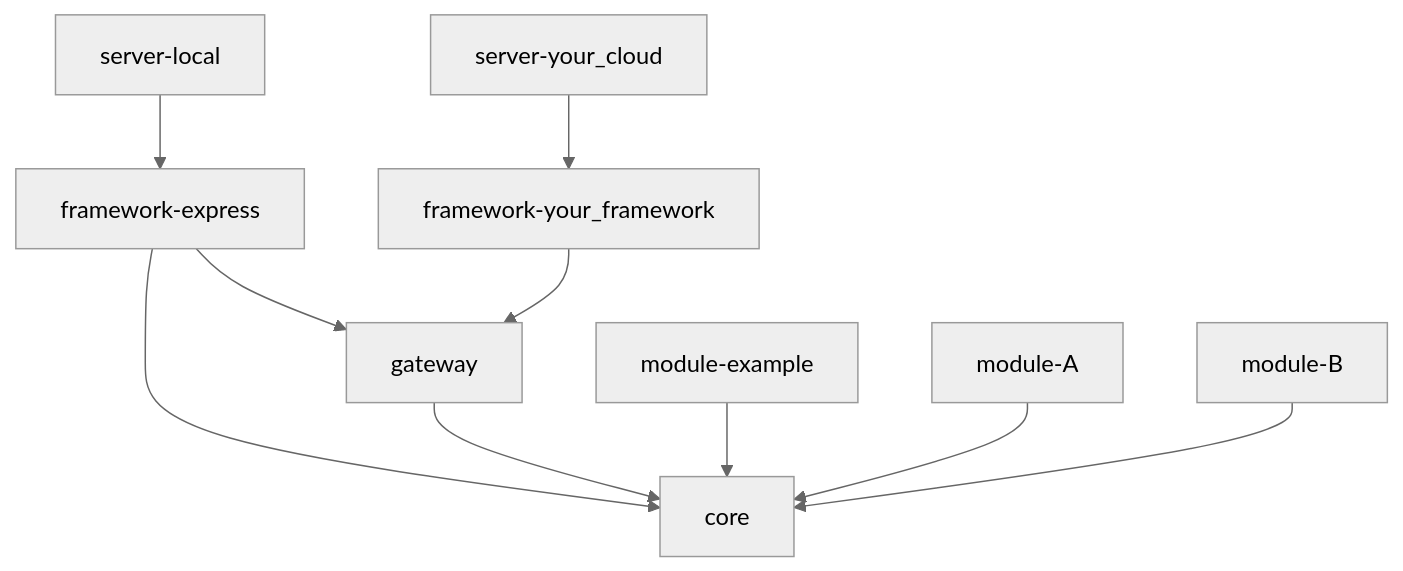
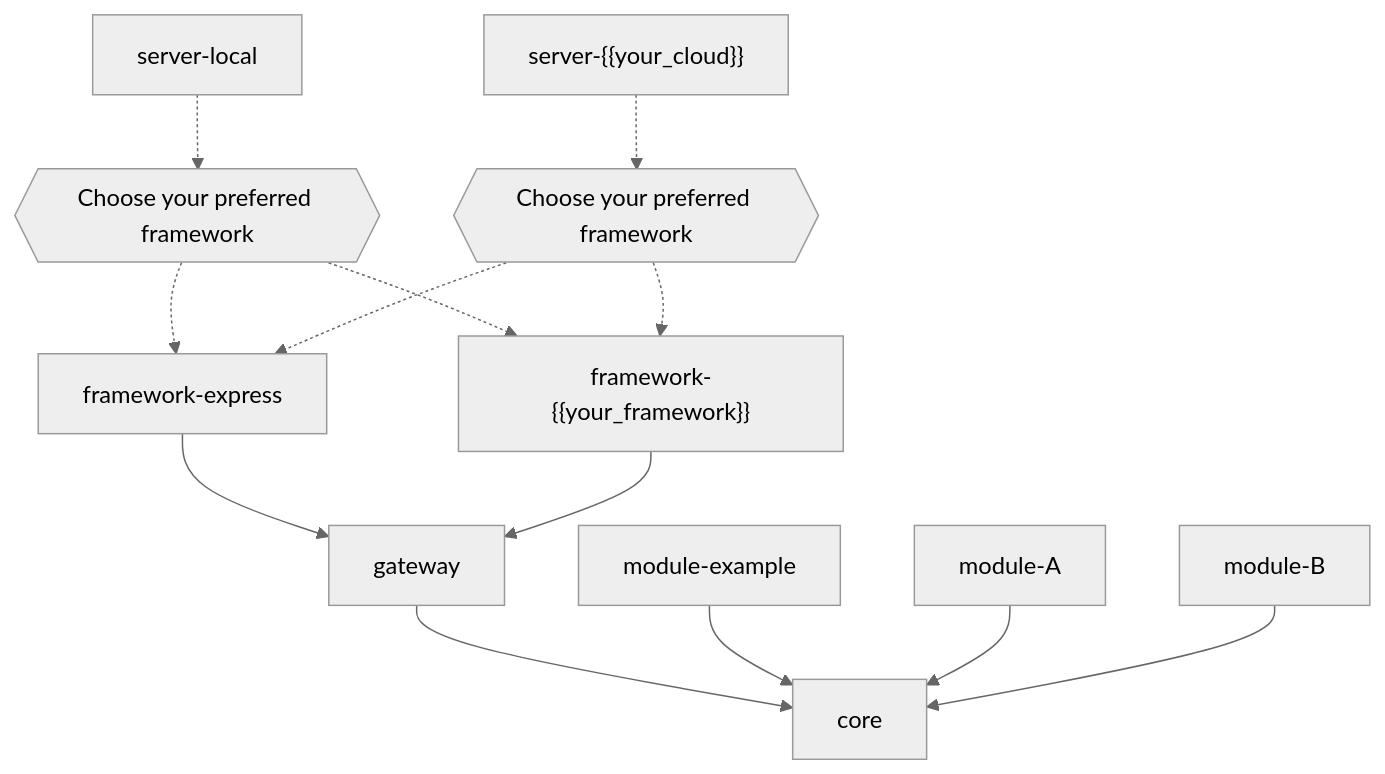
The diagram in README.md (Joredjs/monomod), drawn with Mermaid (neutral theme) before and after one commit. The commit also changed other lines of this file and 55 other files, not shown here.

````diff
--- a/README.md
+++ b/README.md
@@ -37,23 +160,32 @@
 ```mermaid
 graph TD
     B["server-local"]
     C["framework-express"]
     D["gateway"]
     E["module-example"]
     F["core"]
     G["module-A"]
     H["module-B"]
-    I["server-your_cloud"]
-    J["framework-your_framework"]
+    I["server-{{your_cloud}}"]
+    J["framework-{{your_framework}}"]
+    XOR1{{"Choose your preferred framework"}}
+    XOR2{{"Choose your preferred framework"}}
 
+    %% Bloque B puede usar C o J, pero no ambos
+    B -.-> XOR1
+    XOR1 -.-> C
+    XOR1 -.-> J
 
-    B --> C
+    %% Bloque I puede usar C o J, pero no ambos
+    I -.-> XOR2
+    XOR2 -.-> C
+    XOR2 -.-> J
+
+    %% Resto de las conexiones
     C --> D
-    C --> F
+    J --> D
     D --> F
     E --> F
     G --> F
     H --> F
-    I --> J
-    J --> D
 ```
````
